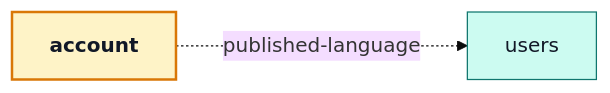
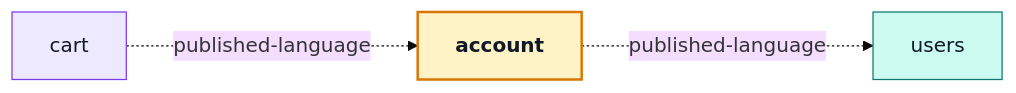
The first of 3 diagrams in docs/modules/account.md (Guebbit/boilerplate-vue-frontend), drawn with Mermaid (base theme) before and after one commit. The commit also changed other lines of this file and 31 other files, not shown here.

````diff
--- a/docs/modules/account.md
+++ b/docs/modules/account.md
@@ -29,12 +29,14 @@
 ```mermaid
 %%{init: {'flowchart': {'nodeSpacing': 45, 'rankSpacing': 75}}}%%
 flowchart LR
+    cart["cart"] -.->|"published-language"| account["<b>account</b>"]
     account["<b>account</b>"] -.->|"published-language"| users["users"]
 
     classDef core fill:#ede9fe,stroke:#7c3aed,color:#111827;
     classDef supporting fill:#dbeafe,stroke:#2563eb,color:#111827;
     classDef generic fill:#ccfbf1,stroke:#0f766e,color:#111827;
     classDef self fill:#fef3c7,stroke:#d97706,color:#111827,stroke-width:2px;
+    class cart core;
     class users generic;
     class account self;
 ```
````
